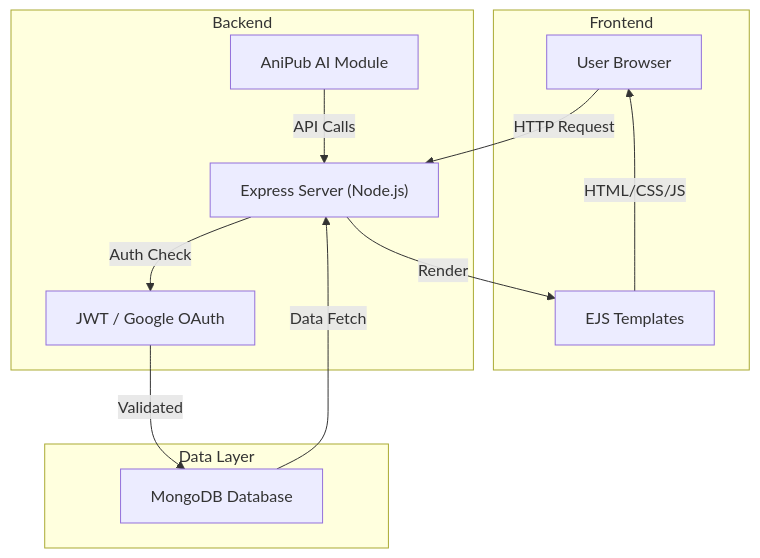
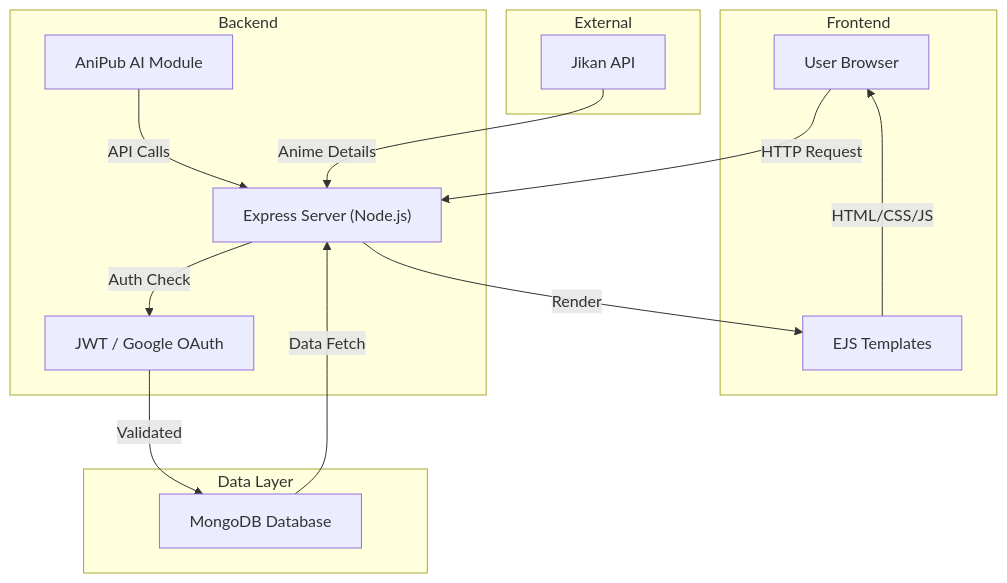
Before and after one commit to AnimePub/AniPub: the first of 6 diagrams in README.md, drawn with Mermaid. The commit also changed other lines of this file, not shown here.

````diff
--- a/README.md
+++ b/README.md
@@ -74,22 +75,26 @@
 ```mermaid
 graph TD
     A["User Browser"] -->|HTTP Request| B["Express Server (Node.js)"]
     B -->|Auth Check| C["JWT / Google OAuth"]
     C -->|Validated| D["MongoDB Database"]
     D -->|Data Fetch| B
     B -->|Render| E["EJS Templates"]
     E -->|HTML/CSS/JS| A
     F["AniPub AI Module"] -->|API Calls| B
+    G["Jikan API"] -->|Anime Details| B
     subgraph "Frontend"
         A
         E
     end
     subgraph "Backend"
         B
         C
         F
     end
     subgraph "Data Layer"
         D
     end
+    subgraph "External"
+        G
+    end
 ```
````
